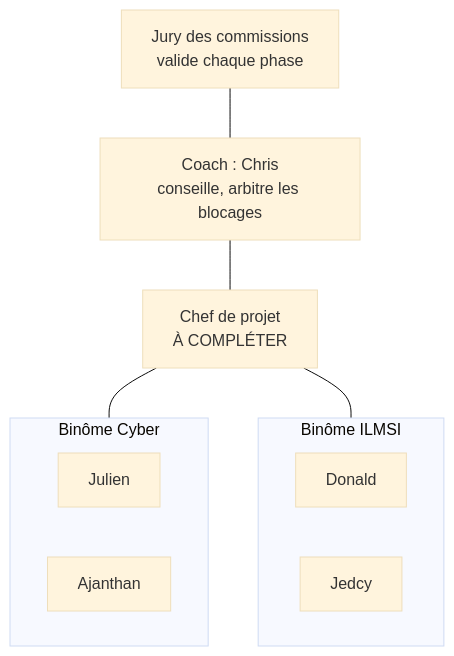
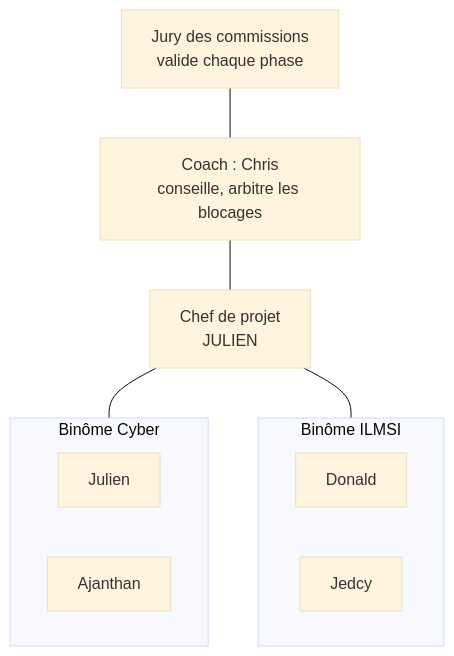
Before and after one commit to jlnvi/Project-Lab: the diagram in 04_Organisation/roles_et_gouvernance.md, drawn with Mermaid (base theme).

````diff
--- a/04_Organisation/roles_et_gouvernance.md
+++ b/04_Organisation/roles_et_gouvernance.md
@@ -8,18 +8,18 @@
 ```mermaid
 flowchart TB
     J[Jury des commissions<br/>valide chaque phase]
     C[Coach : Chris<br/>conseille, arbitre les blocages]
-    CP[Chef de projet<br/>À COMPLÉTER]
+    CP[Chef de projet<br/>JULIEN]
     J --- C
     C --- CP
     CP --- CY
     CP --- IL
     subgraph CY[Binôme Cyber]
         JU[Julien]
         AJ[Ajanthan]
     end
     subgraph IL[Binôme ILMSI]
         DO[Donald]
         JE[Jedcy]
     end
 ```
````
